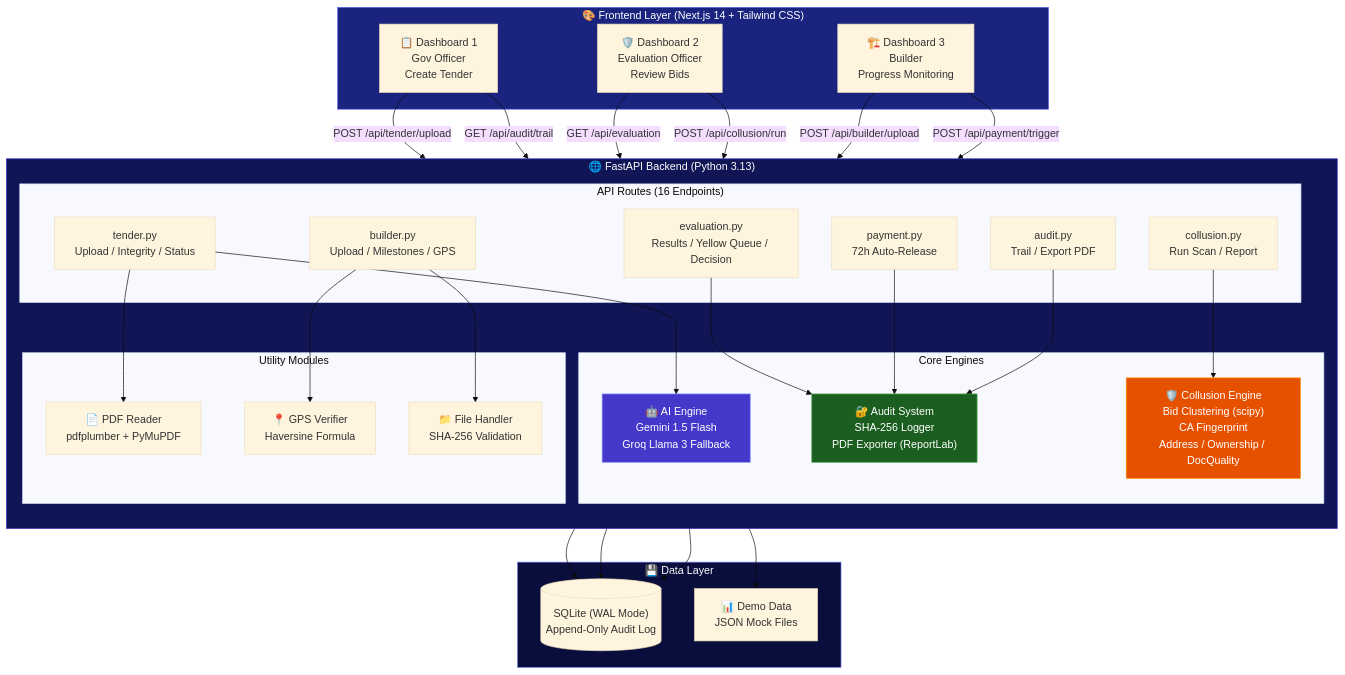
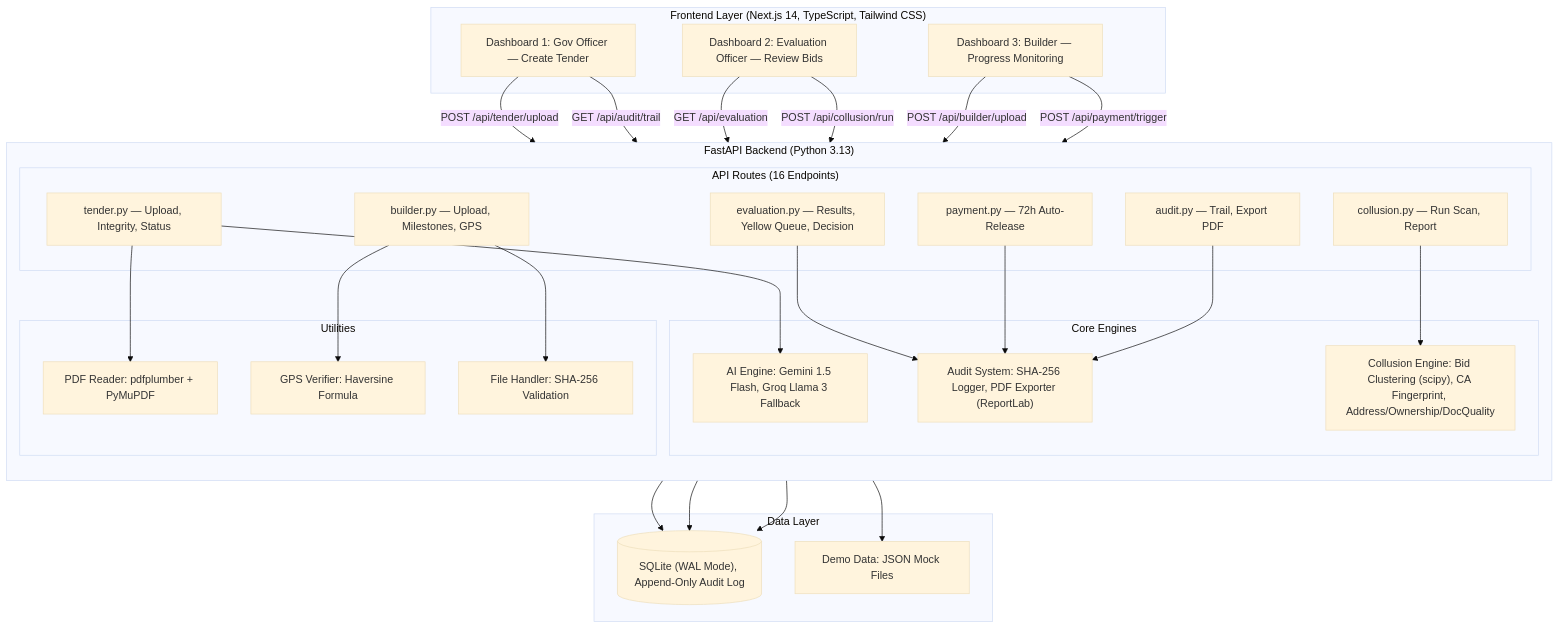
One commit to SIBAM890/Nyayadarsi changed the first of 6 diagrams in README.md. Above: the diagram before and after it, drawn with Mermaid (base theme). The commit also changed other lines of this file, not shown here.

Commit message:
docs: update README with refreshed architecture, project details, and workflow diagrams

````diff
--- a/README.md
+++ b/README.md
@@ -46,65 +45,58 @@
 ```mermaid
 graph TB
-    subgraph Frontend["🎨 Frontend Layer (Next.js 14 + Tailwind CSS)"]
-        D1["📋 Dashboard 1<br/>Gov Officer<br/>Create Tender"]
-        D2["🛡️ Dashboard 2<br/>Evaluation Officer<br/>Review Bids"]
-        D3["🏗️ Dashboard 3<br/>Builder<br/>Progress Monitoring"]
+    subgraph Frontend["Frontend Layer (Next.js 14, TypeScript, Tailwind CSS)"]
+        D1["Dashboard 1: Gov Officer — Create Tender"]
+        D2["Dashboard 2: Evaluation Officer — Review Bids"]
+        D3["Dashboard 3: Builder — Progress Monitoring"]
     end
 
-    subgraph API["🌐 FastAPI Backend (Python 3.13)"]
+    subgraph API["FastAPI Backend (Python 3.13)"]
         direction TB
         subgraph Routes["API Routes (16 Endpoints)"]
-            R1["tender.py<br/>Upload / Integrity / Status"]
-            R2["evaluation.py<br/>Results / Yellow Queue / Decision"]
-            R3["collusion.py<br/>Run Scan / Report"]
-            R4["builder.py<br/>Upload / Milestones / GPS"]
-            R5["payment.py<br/>72h Auto-Release"]
-            R6["audit.py<br/>Trail / Export PDF"]
+            R1["tender.py — Upload, Integrity, Status"]
+            R2["evaluation.py — Results, Yellow Queue, Decision"]
+            R3["collusion.py — Run Scan, Report"]
+            R4["builder.py — Upload, Milestones, GPS"]
+            R5["payment.py — 72h Auto-Release"]
+            R6["audit.py — Trail, Export PDF"]
         end
 
         subgraph Engines["Core Engines"]
-            AI["🤖 AI Engine<br/>Gemini 1.5 Flash<br/>Groq Llama 3 Fallback"]
-            COL["🛡️ Collusion Engine<br/>Bid Clustering (scipy)<br/>CA Fingerprint<br/>Address / Ownership / DocQuality"]
-            AUD["🔐 Audit System<br/>SHA-256 Logger<br/>PDF Exporter (ReportLab)"]
+            AI["AI Engine: Gemini 1.5 Flash, Groq Llama 3 Fallback"]
+            COL["Collusion Engine: Bid Clustering (scipy), CA Fingerprint, Address/Ownership/DocQuality"]
+            AUD["Audit System: SHA-256 Logger, PDF Exporter (ReportLab)"]
         end
 
-        subgraph Utils["Utility Modules"]
-            PDF["📄 PDF Reader<br/>pdfplumber + PyMuPDF"]
-            GPS["📍 GPS Verifier<br/>Haversine Formula"]
-            FH["📁 File Handler<br/>SHA-256 Validation"]
+        subgraph Utils["Utilities"]
+            PDF["PDF Reader: pdfplumber + PyMuPDF"]
+            GPS["GPS Verifier: Haversine Formula"]
+            FH["File Handler: SHA-256 Validation"]
         end
     end
 
-    subgraph Data["💾 Data Layer"]
-        DB[("SQLite (WAL Mode)<br/>Append-Only Audit Log")]
-        MOCK["📊 Demo Data<br/>JSON Mock Files"]
+    subgraph Data["Data Layer"]
+        DB[("SQLite (WAL Mode), Append-Only Audit Log")]
+        MOCK["Demo Data: JSON Mock Files"]
     end
 
     D1 -->|"POST /api/tender/upload"| R1
     D2 -->|"GET /api/evaluation"| R2
     D3 -->|"POST /api/builder/upload"| R4
     D2 -->|"POST /api/collusion/run"| R3
     D3 -->|"POST /api/payment/trigger"| R5
     D1 -->|"GET /api/audit/trail"| R6
 
     R1 --> AI
     R1 --> PDF
     R2 --> AUD
     R3 --> COL
     R4 --> GPS
     R4 --> FH
     R5 --> AUD
     R6 --> AUD
 
     AI --> DB
     COL --> DB
     AUD --> DB
     R2 --> MOCK
-
-    style Frontend fill:#1a237e,stroke:#6366f1,color:#fff
-    style API fill:#0f1555,stroke:#4338ca,color:#fff
-    style Data fill:#0a0e3d,stroke:#818cf8,color:#fff
-    style AI fill:#4338ca,stroke:#818cf8,color:#fff
-    style COL fill:#e65100,stroke:#ff9800,color:#fff
-    style AUD fill:#1b5e20,stroke:#4caf50,color:#fff
 ```
````
